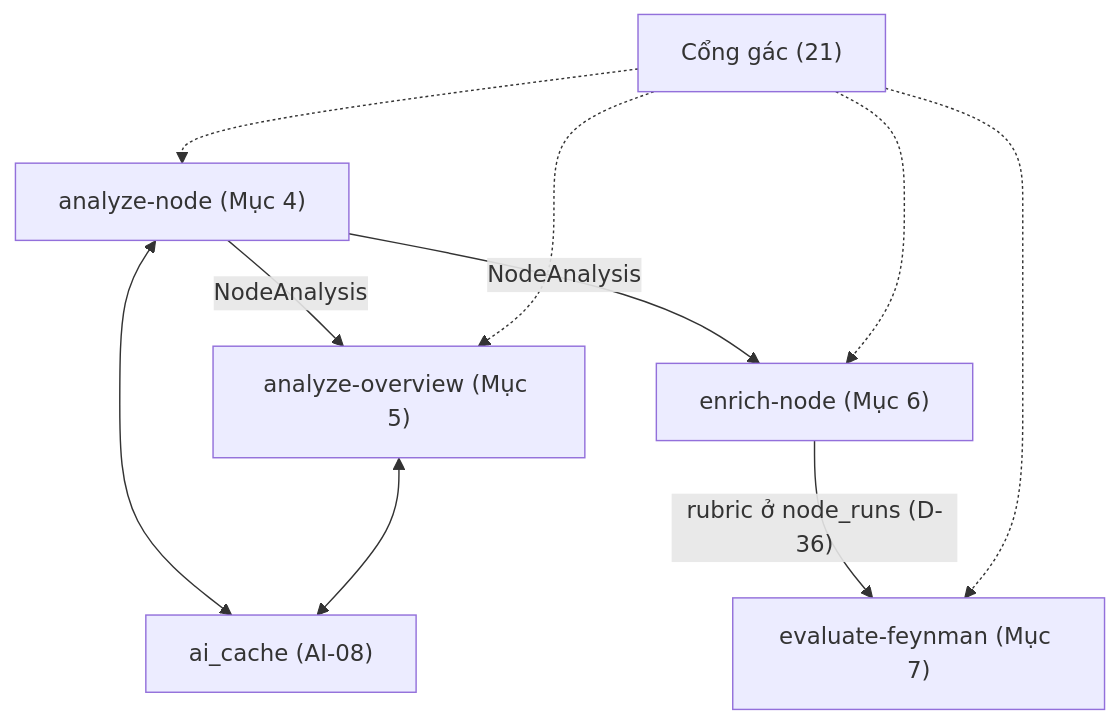
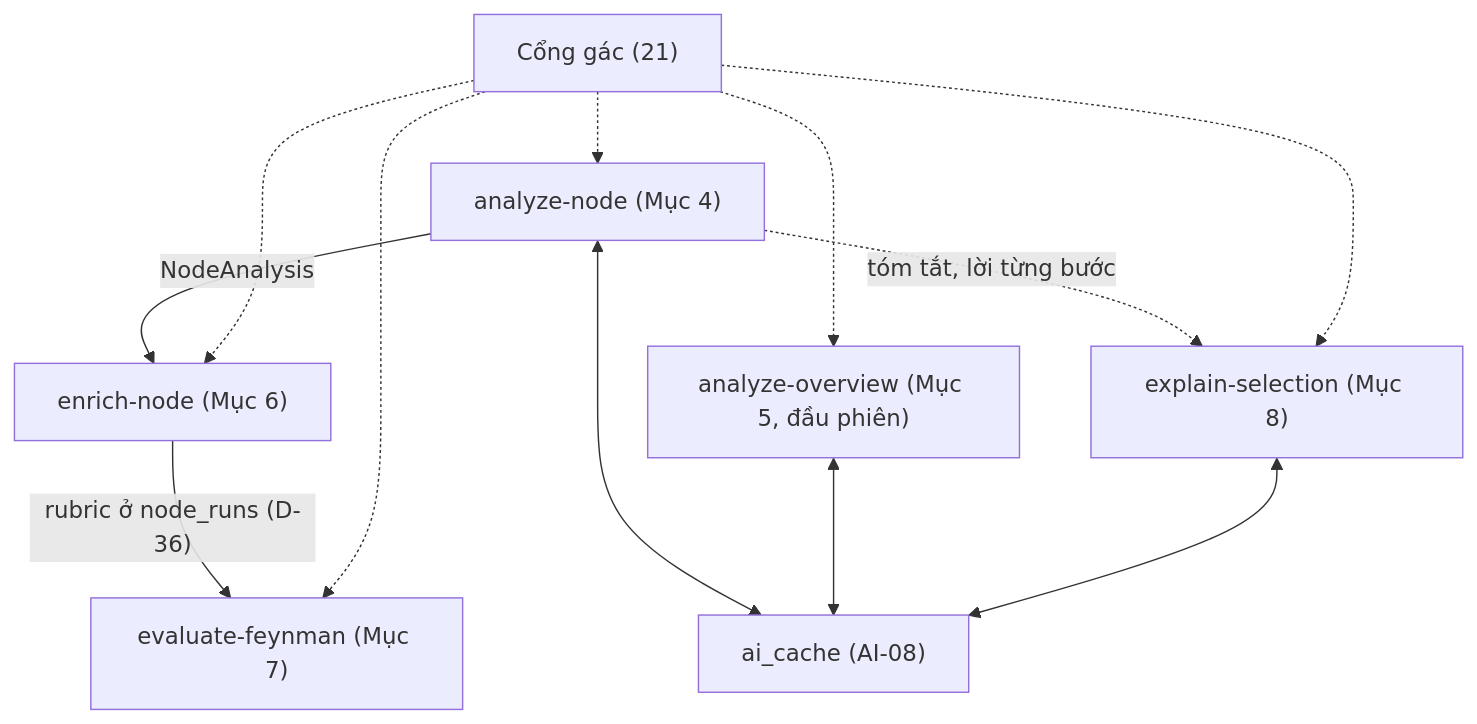
The first of 3 diagrams in docs/spec/20_AI_GOI_VA_PROMPT.md (ThanhThien-coder/demo-HackathonSGU-2026), drawn with Mermaid before and after one commit. The commit also changed other lines of this file and 4 other files, not shown here.

````diff
--- a/docs/spec/20_AI_GOI_VA_PROMPT.md
+++ b/docs/spec/20_AI_GOI_VA_PROMPT.md
@@ -10,9 +10,11 @@
 ```mermaid
 flowchart TD
   C["ai_cache (AI-08)"]
-  AN["analyze-node (Mục 4)"] -->|NodeAnalysis| OV["analyze-overview (Mục 5)"]
-  AN -->|NodeAnalysis| EN["enrich-node (Mục 6)"] -->|"rubric ở node_runs (D-36)"| EF["evaluate-feynman (Mục 7)"]
+  OV["analyze-overview (Mục 5, đầu phiên)"]
+  AN["analyze-node (Mục 4)"] -->|NodeAnalysis| EN["enrich-node (Mục 6)"] -->|"rubric ở node_runs (D-36)"| EF["evaluate-feynman (Mục 7)"]
+  AN -.->|"tóm tắt, lời từng bước"| EX["explain-selection (Mục 8)"]
   AN <--> C
   OV <--> C
-  G["Cổng gác (21)"] -.-> AN & OV & EN & EF
+  EX <--> C
+  G["Cổng gác (21)"] -.-> AN & OV & EN & EF & EX
 ```
````
